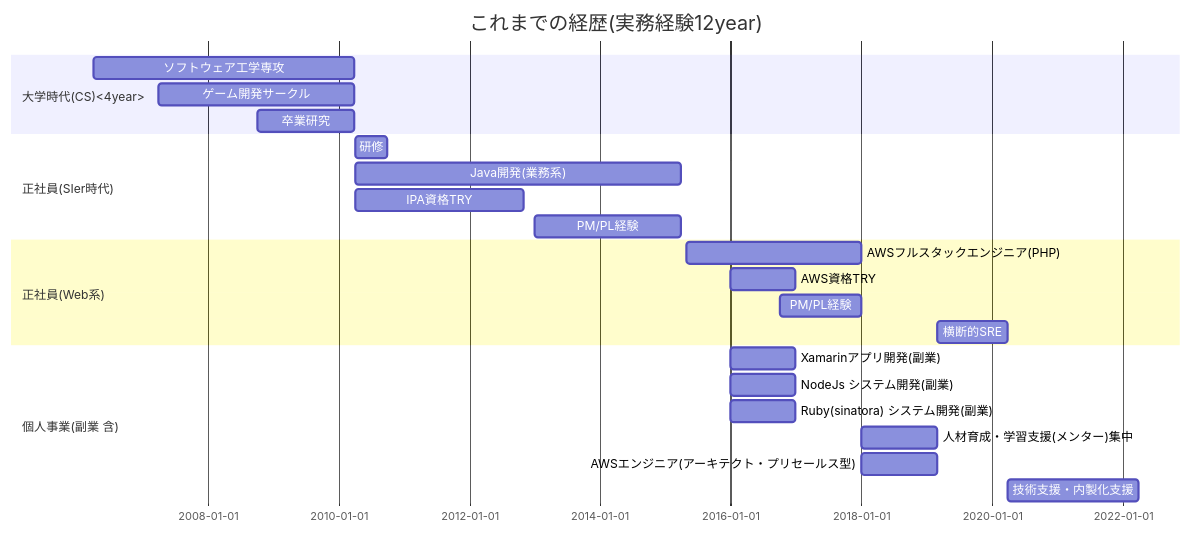
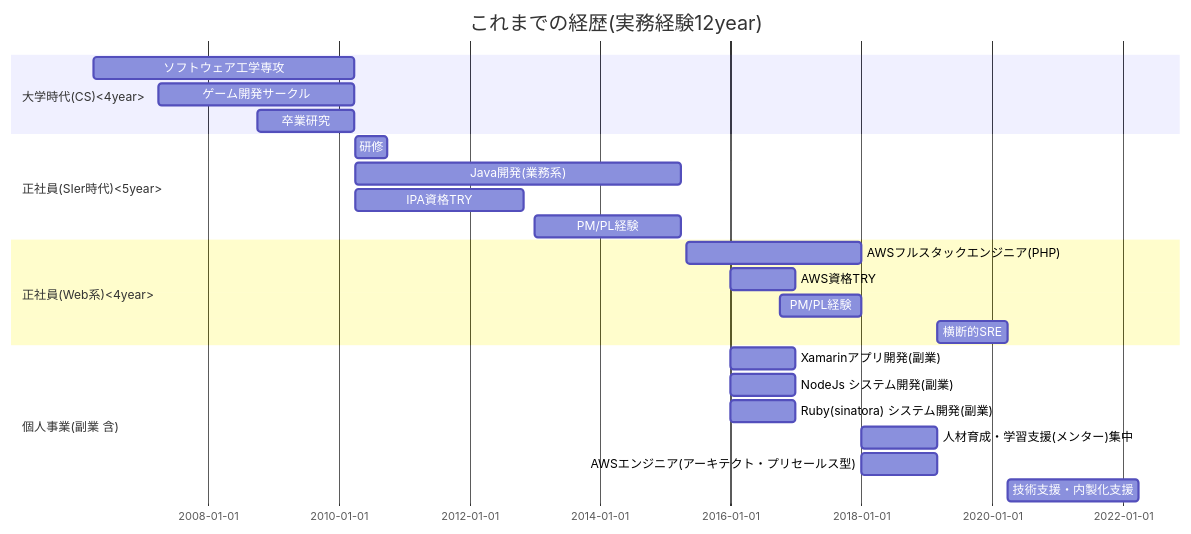
The diagram in README.md (Eigo-Mt-Fuji/portfolio-2017), drawn with Mermaid before and after one commit.

````diff
--- a/README.md
+++ b/README.md
@@ -16,30 +16,30 @@
 ```mermaid
 gantt
     title これまでの経歴(実務経験12year)
     dateFormat YYYY-MM-DD
     section LOOPASS365
     section 大学時代(CS)<4year>
     ソフトウェア工学専攻  :a1,2006-04-01, 2010-03-31
     ゲーム開発サークル  :a2,2007-04-01, 2010-03-31
     卒業研究  :a3,2008-10-01, 2010-03-31
 
-    section 正社員(SIer時代)
+    section 正社員(SIer時代)<5year>
     研修  :b1,2010-04-01, 2010-09-30
     Java開発(業務系)  :b2,2010-04-01, 2015-03-31
     IPA資格TRY  :b3,2010-04-01, 2012-10-31
     PM/PL経験  :b4,2013-01-01, 2015-03-31
 
-    section 正社員(Web系)
+    section 正社員(Web系)<4year>
     AWSフルスタックエンジニア(PHP)  :c1,2015-05-01, 2017-12-31
     AWS資格TRY  :c2,2016-01-01, 2016-12-31
     PM/PL経験  :c3,2016-10-01, 2017-12-31
     横断的SRE  :c4,2019-03-01, 2020-03-31
 
     section 個人事業(副業 含)
     Xamarinアプリ開発(副業)  :d1,2016-01-01, 2016-12-31
     NodeJs システム開発(副業)  :d2,2016-01-01, 2016-12-31
     Ruby(sinatora) システム開発(副業)  :d3,2016-01-01, 2016-12-31
     人材育成・学習支援(メンター)集中    :d4 ,2018-01-01,2019-02-28
     AWSエンジニア(アーキテクト・プリセールス型)    :d5 ,2018-01-01,2019-02-28
     技術支援・内製化支援    :d6,2020-04-01,2022-03-31
 ```
````
